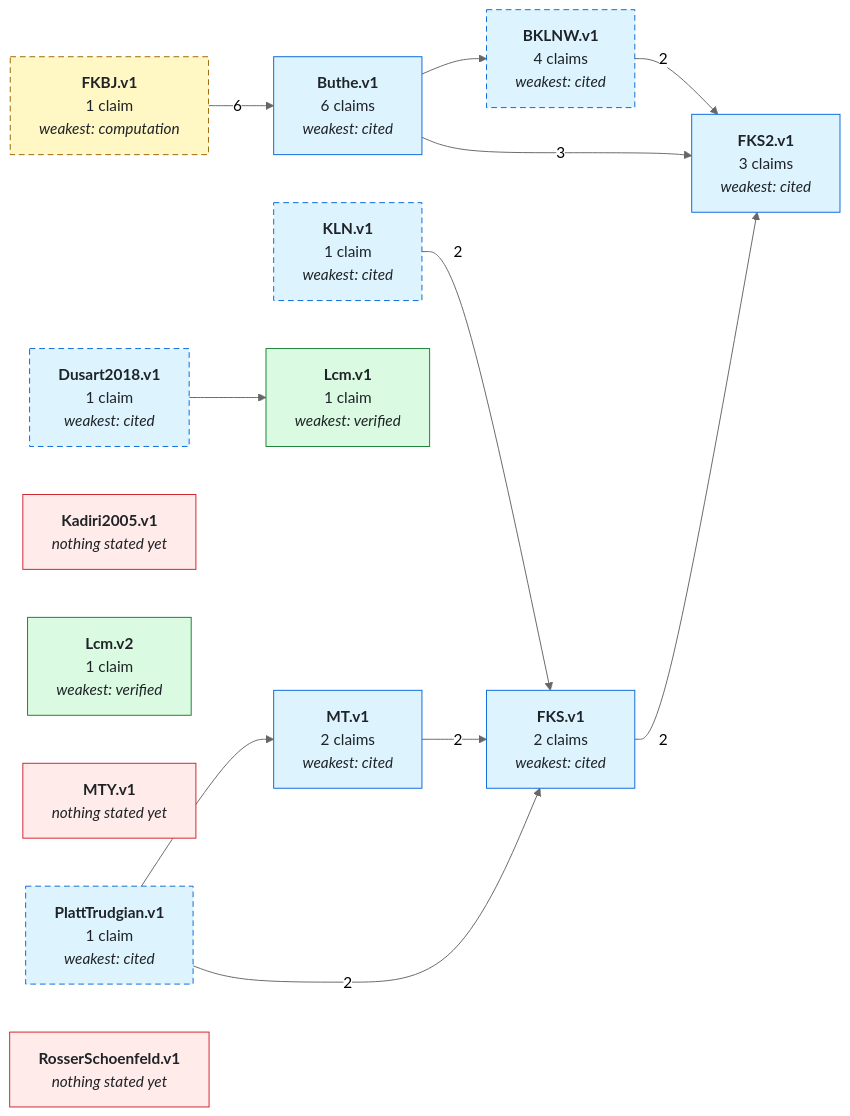
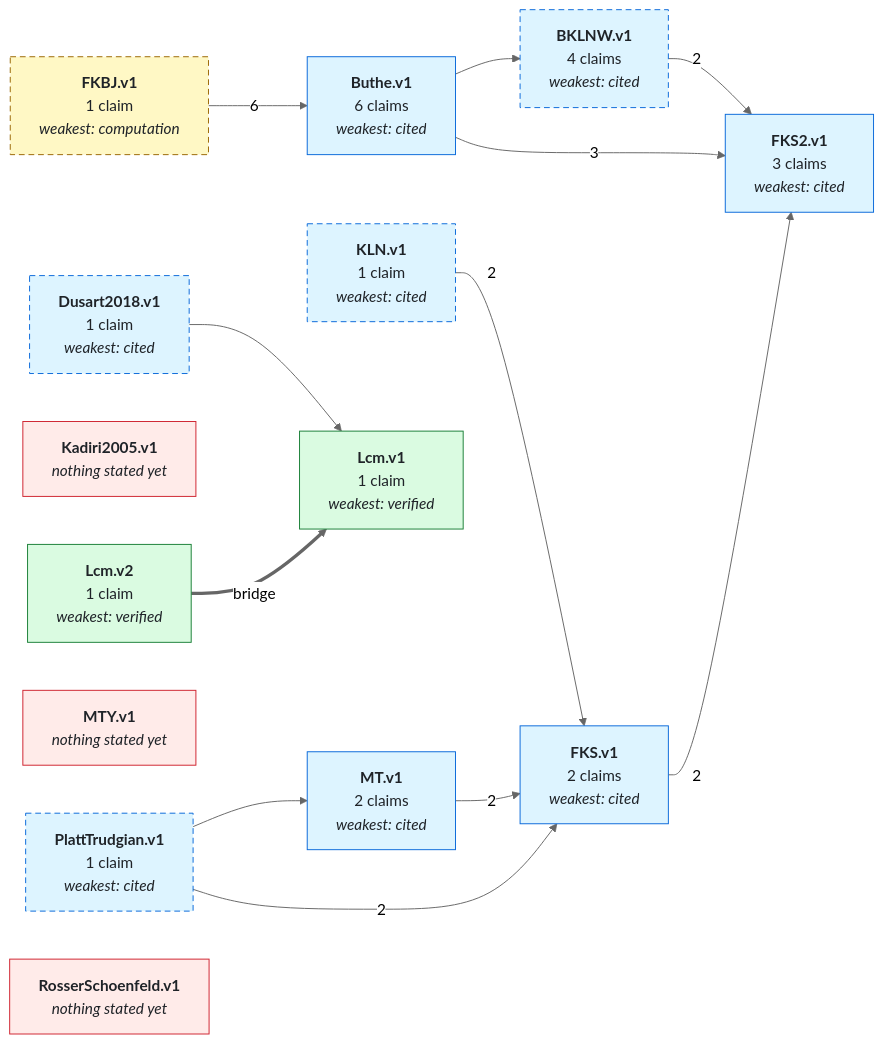
The first of 2 diagrams in GRAPH.md (teorth/IEANTN), drawn with Mermaid (neutral theme) before and after one commit. The commit also changed other lines of this file and 2 other files, not shown here.

First line of the commit message:
graph: draw bridges as nodes, because a bridge is not an edge

````diff
--- a/GRAPH.md
+++ b/GRAPH.md
@@ -25,42 +36,43 @@
 ```mermaid
 graph LR
   NBKLNW_v1["<b>BKLNW.v1</b><br/>4 claims<br/><i>weakest: cited</i>"]
   NButhe_v1["<b>Buthe.v1</b><br/>6 claims<br/><i>weakest: cited</i>"]
   NDusart2018_v1["<b>Dusart2018.v1</b><br/>1 claim<br/><i>weakest: cited</i>"]
   NFKBJ_v1["<b>FKBJ.v1</b><br/>1 claim<br/><i>weakest: computation</i>"]
   NFKS_v1["<b>FKS.v1</b><br/>2 claims<br/><i>weakest: cited</i>"]
   NFKS2_v1["<b>FKS2.v1</b><br/>3 claims<br/><i>weakest: cited</i>"]
   NKLN_v1["<b>KLN.v1</b><br/>1 claim<br/><i>weakest: cited</i>"]
   NKadiri2005_v1["<b>Kadiri2005.v1</b><br/><i>nothing stated yet</i>"]
   NLcm_v1["<b>Lcm.v1</b><br/>1 claim<br/><i>weakest: verified</i>"]
   NLcm_v2["<b>Lcm.v2</b><br/>1 claim<br/><i>weakest: verified</i>"]
   NMT_v1["<b>MT.v1</b><br/>2 claims<br/><i>weakest: cited</i>"]
   NMTY_v1["<b>MTY.v1</b><br/><i>nothing stated yet</i>"]
   NPlattTrudgian_v1["<b>PlattTrudgian.v1</b><br/>1 claim<br/><i>weakest: cited</i>"]
   NRosserSchoenfeld_v1["<b>RosserSchoenfeld.v1</b><br/><i>nothing stated yet</i>"]
   NBKLNW_v1 -->|2| NFKS2_v1
   NButhe_v1 --> NBKLNW_v1
   NButhe_v1 -->|3| NFKS2_v1
   NDusart2018_v1 --> NLcm_v1
   NFKBJ_v1 -->|6| NButhe_v1
   NFKS_v1 -->|2| NFKS2_v1
   NKLN_v1 -->|2| NFKS_v1
   NMT_v1 -->|2| NFKS_v1
   NPlattTrudgian_v1 -->|2| NFKS_v1
   NPlattTrudgian_v1 --> NMT_v1
+  NLcm_v2 ==>|bridge| NLcm_v1
   style NBKLNW_v1 stroke-dasharray: 6 4;
   style NDusart2018_v1 stroke-dasharray: 6 4;
   style NFKBJ_v1 stroke-dasharray: 6 4;
   style NKLN_v1 stroke-dasharray: 6 4;
   style NPlattTrudgian_v1 stroke-dasharray: 6 4;
   class NKadiri2005_v1,NMTY_v1,NRosserSchoenfeld_v1 none_yet;
   class NBKLNW_v1,NButhe_v1,NDusart2018_v1,NFKS_v1,NFKS2_v1,NKLN_v1,NMT_v1,NPlattTrudgian_v1 literature;
   class NFKBJ_v1 numerical;
   class NLcm_v1,NLcm_v2 lean_comparator;
   classDef lean_comparator fill:#dafbe1,stroke:#1a7f37,color:#1f2328;
   classDef numerical fill:#fff8c5,stroke:#9a6700,color:#1f2328;
   classDef literature fill:#ddf4ff,stroke:#0969da,color:#1f2328;
   classDef asserted fill:#fff1e5,stroke:#bc4c00,color:#1f2328;
   classDef bridged fill:#fbefff,stroke:#8250df,color:#1f2328;
   classDef none_yet fill:#ffebe9,stroke:#cf222e,color:#1f2328;
 ```
````
